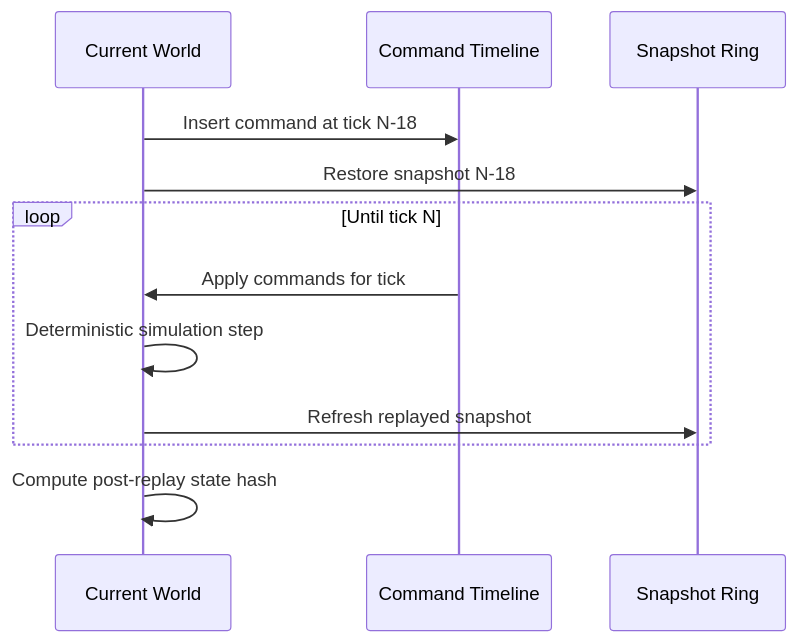
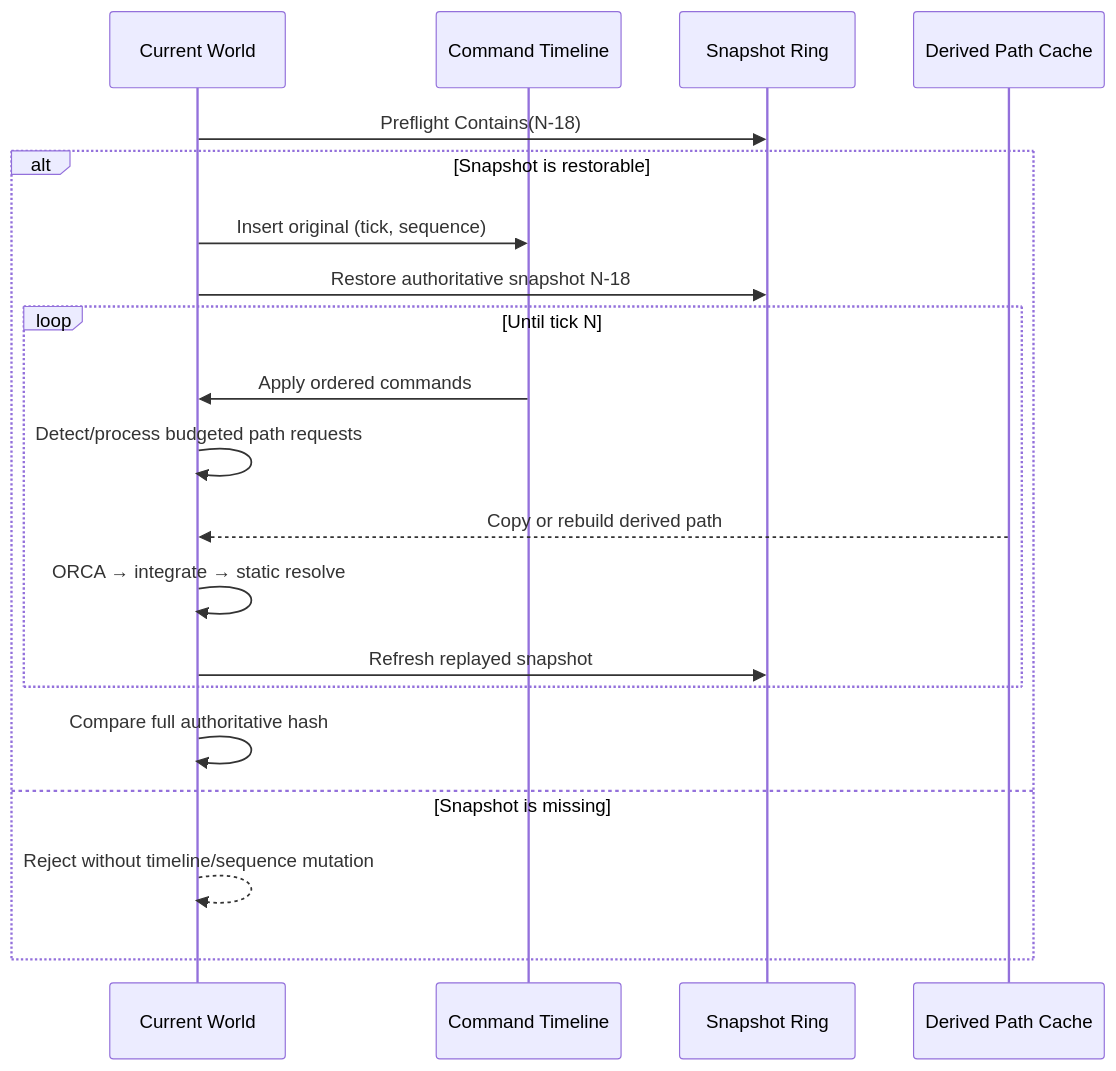
The second of 2 diagrams in Docs/DETERMINISM_AND_NETCODE.md (futuredo/swarm-ecs-sandbox), drawn with Mermaid before and after one commit. The commit also changed other lines of this file and 11 other files, not shown here.

Commit message:
发布 v0.2.1 客户端路线图与验证资料

````diff
--- a/Docs/DETERMINISM_AND_NETCODE.md
+++ b/Docs/DETERMINISM_AND_NETCODE.md
@@ -38,14 +98,22 @@
 ```mermaid
 sequenceDiagram
     participant C as Current World
     participant T as Command Timeline
     participant S as Snapshot Ring
-    C->>T: Insert command at tick N-18
-    C->>S: Restore snapshot N-18
-    loop Until tick N
-        T->>C: Apply commands for tick
-        C->>C: Deterministic simulation step
-        C->>S: Refresh replayed snapshot
+    participant D as Derived Path Cache
+    C->>S: Preflight Contains(N-18)
+    alt Snapshot is restorable
+        C->>T: Insert original (tick, sequence)
+        C->>S: Restore authoritative snapshot N-18
+        loop Until tick N
+            T->>C: Apply ordered commands
+            C->>C: Detect/process budgeted path requests
+            D-->>C: Copy or rebuild derived path
+            C->>C: ORCA → integrate → static resolve
+            C->>S: Refresh replayed snapshot
+        end
+        C->>C: Compare full authoritative hash
+    else Snapshot is missing
+        C-->>C: Reject without timeline/sequence mutation
     end
-    C->>C: Compute post-replay state hash
 ```
````
